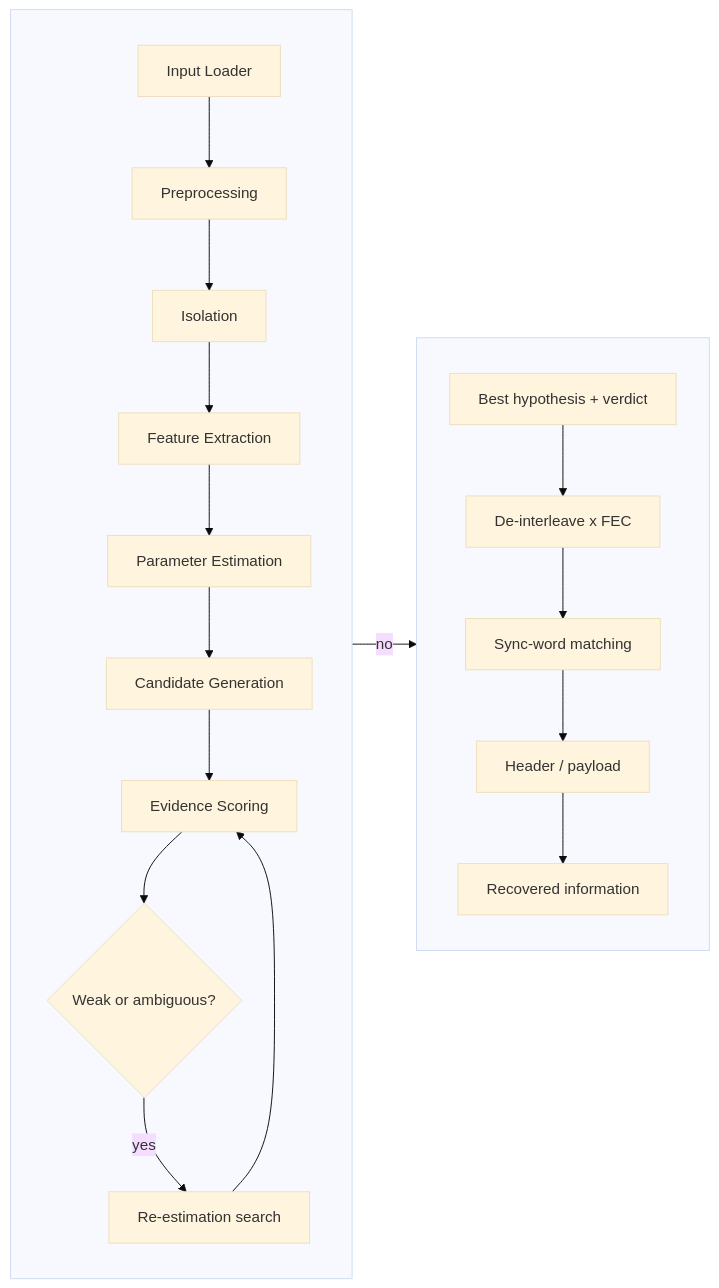
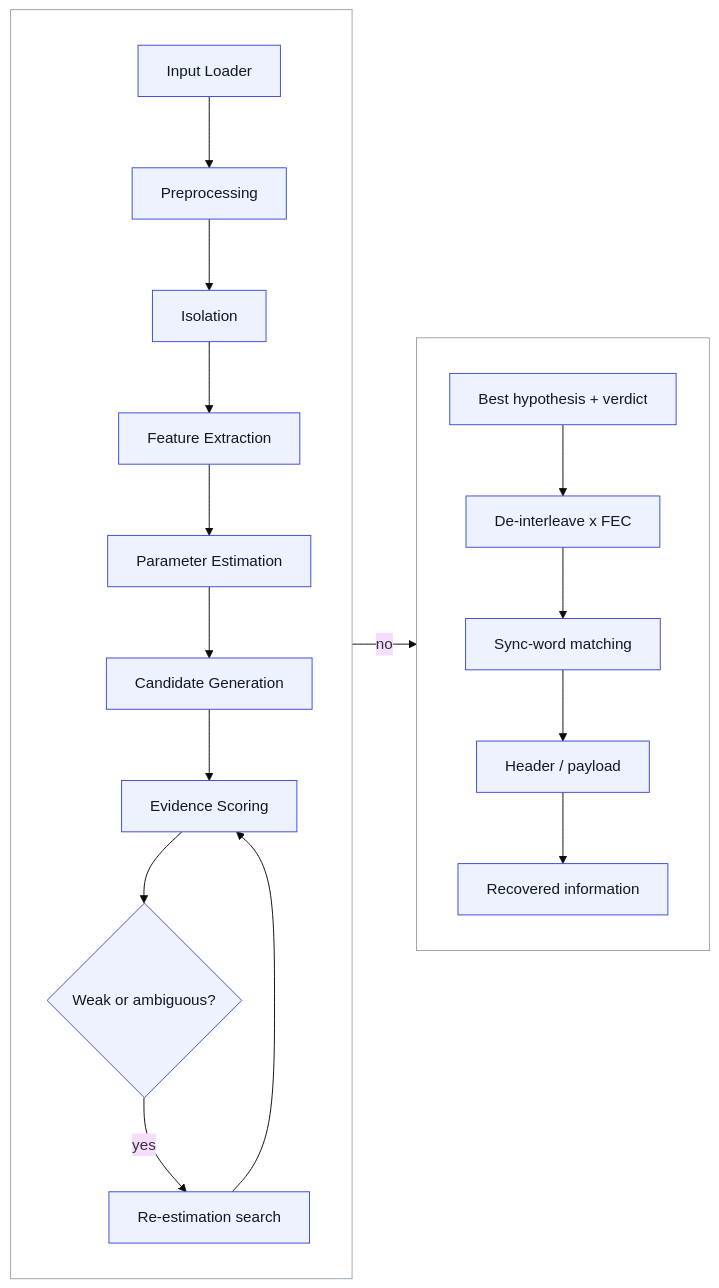
The second of 3 diagrams in README.md (Akhil-0911/SigIQ), drawn with Mermaid (base theme) before and after one commit. The commit also changed other lines of this file, not shown here.

First line of the commit message:
Fix low-contrast text in the README flowcharts

````diff
--- a/README.md
+++ b/README.md
@@ -102,16 +104,20 @@
 ```mermaid
 flowchart LR
     subgraph Part1[" "]
         direction TB
         L[Input Loader] --> P[Preprocessing] --> I[Isolation] --> F[Feature Extraction]
         F --> E[Parameter Estimation] --> G[Candidate Generation] --> S[Evidence Scoring]
         S --> W{Weak or ambiguous?}
         W -- yes --> R[Re-estimation search] --> S
     end
     subgraph Part2[" "]
         direction TB
         V[Best hypothesis + verdict] --> D[De-interleave x FEC]
         D --> H[Sync-word matching] --> PL[Header / payload] --> RI[Recovered information]
     end
     W -- no --> V
+
+    classDef default fill:#eef2ff,stroke:#3b4bd8,stroke-width:1px,color:#111827;
+    style Part1 fill:#ffffff,stroke:#9ca3af,stroke-width:1px,color:#111827;
+    style Part2 fill:#ffffff,stroke:#9ca3af,stroke-width:1px,color:#111827;
 ```
````
